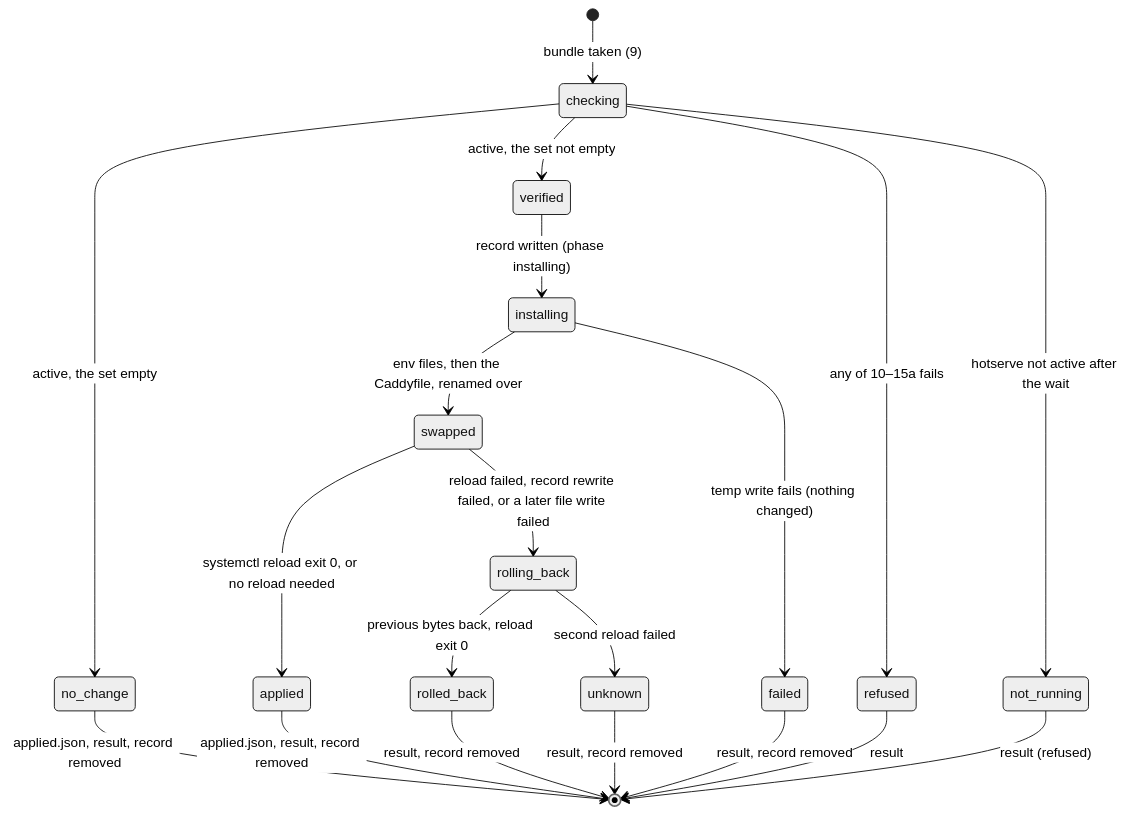
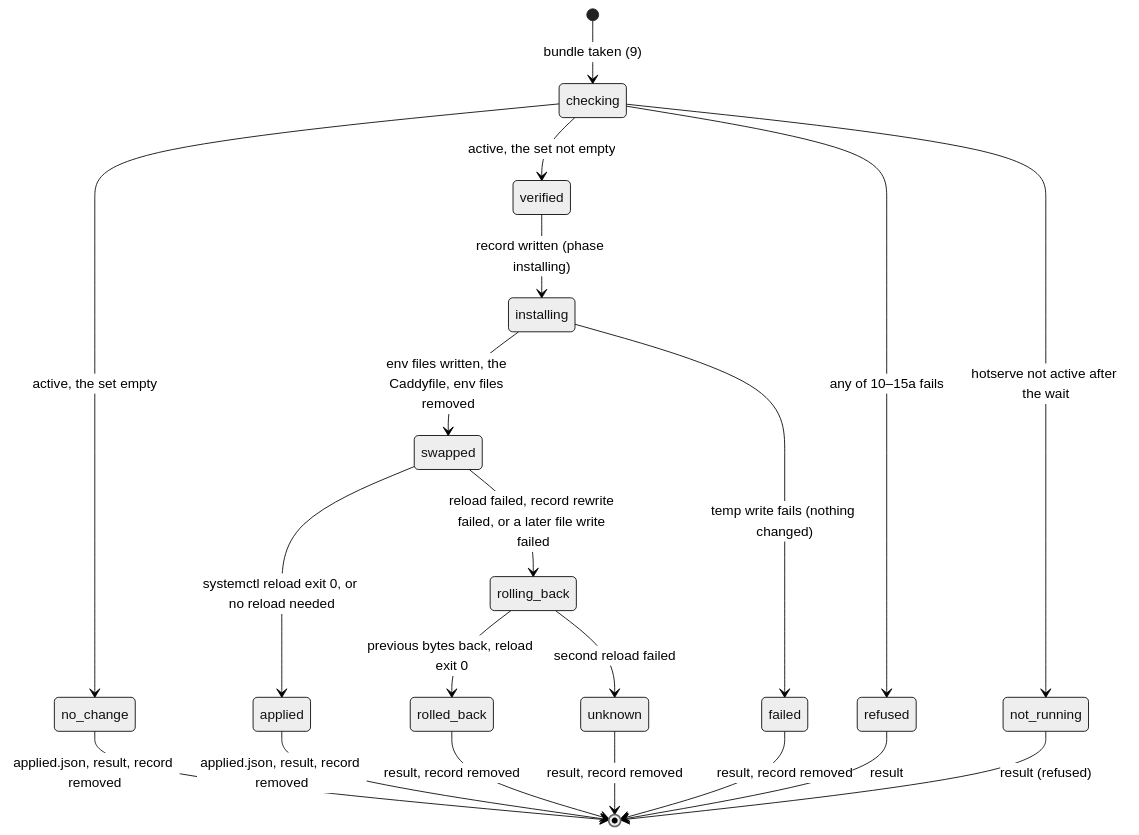
The first of 4 diagrams in box/DESIGN-box.md (smallhoursorg/hotserve), drawn with Mermaid (neutral theme) before and after one commit. The commit also changed other lines of this file and 6 other files, not shown here.

````diff
--- a/box/DESIGN-box.md
+++ b/box/DESIGN-box.md
@@ -670,22 +673,22 @@
 ```mermaid
 stateDiagram-v2
     [*] --> checking : bundle taken (9)
     checking --> refused : any of 10–15a fails
     checking --> not_running : hotserve not active after the wait
     checking --> no_change : active, the set empty
     checking --> verified : active, the set not empty
     no_change --> [*] : applied.json, result, record removed
     verified --> installing : record written (phase installing)
     installing --> failed : temp write fails (nothing changed)
-    installing --> swapped : env files, then the Caddyfile, renamed over
+    installing --> swapped : env files written, the Caddyfile, env files removed
     swapped --> applied : systemctl reload exit 0, or no reload needed
     swapped --> rolling_back : reload failed, record rewrite failed, or a later file write failed
     applied --> [*] : applied.json, result, record removed
     rolling_back --> rolled_back : previous bytes back, reload exit 0
     rolling_back --> unknown : second reload failed
     rolled_back --> [*] : result, record removed
     unknown --> [*] : result, record removed
     failed --> [*] : result, record removed
     refused --> [*] : result
     not_running --> [*] : result (refused)
 ```
````
